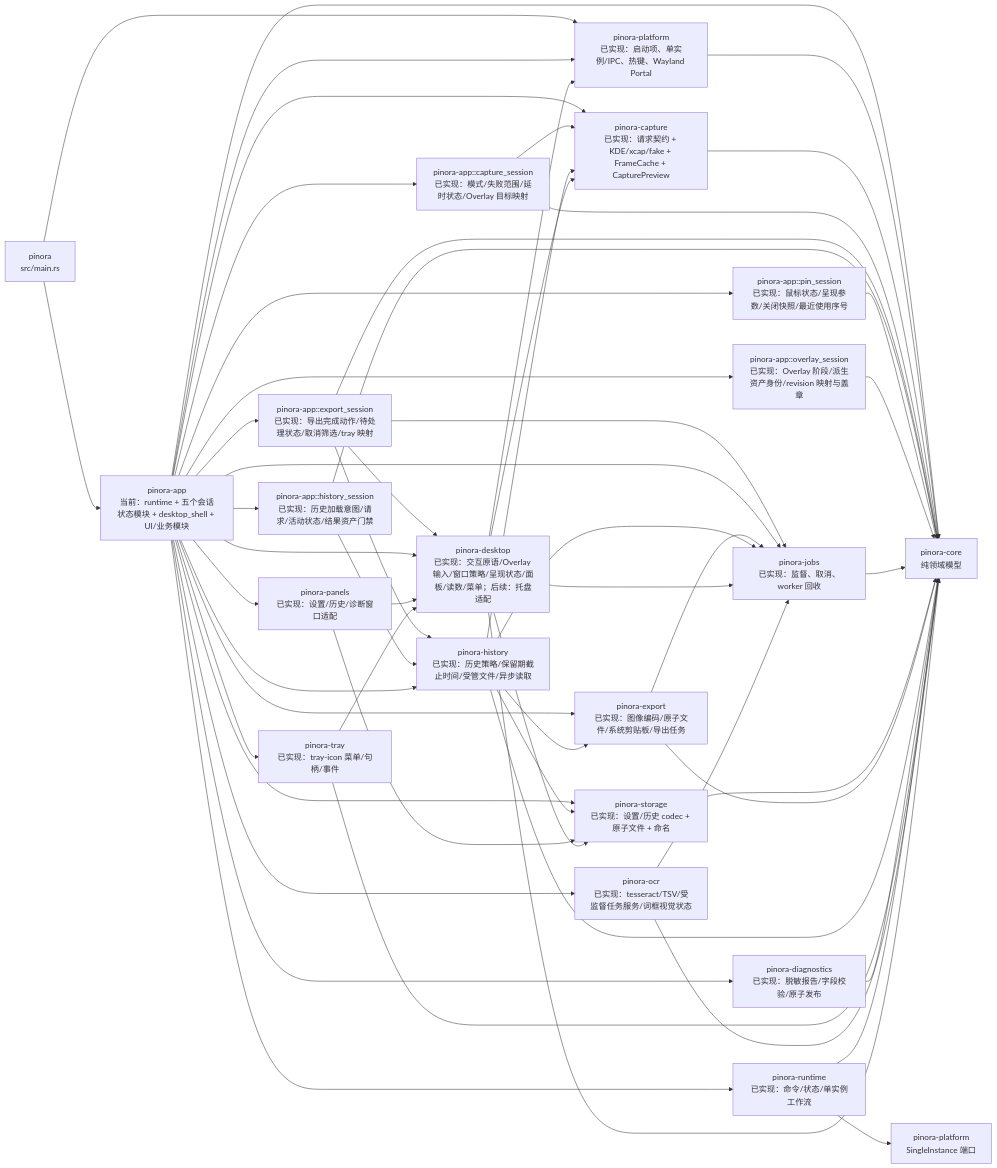
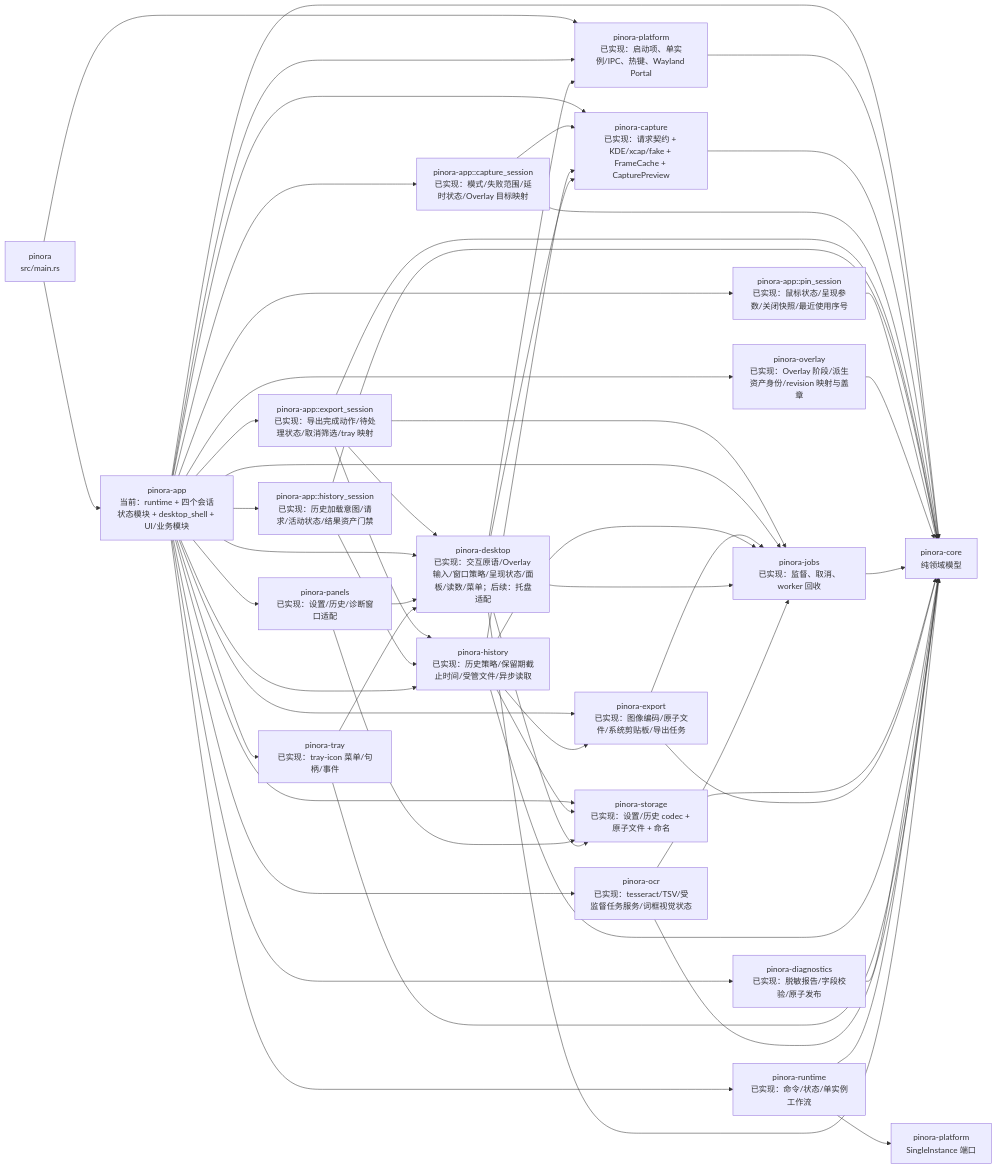
Before and after one commit to yhyzgn/pinora: the third of 29 diagrams in docs/Pinora-开发设计文档.md, drawn with Mermaid. The commit also changed other lines of this file and 13 other files, not shown here.

First line of the commit message:
refactor(overlay): extract session crate

````diff
--- a/docs/Pinora-开发设计文档.md
+++ b/docs/Pinora-开发设计文档.md
@@ -236,59 +236,59 @@
 ```mermaid
 flowchart LR
-    Main["pinora\nsrc/main.rs"] --> App["pinora-app\n当前：runtime + 五个会话状态模块 + desktop_shell + UI/业务模块"]
+    Main["pinora\nsrc/main.rs"] --> App["pinora-app\n当前：runtime + 四个会话状态模块 + desktop_shell + UI/业务模块"]
     Main --> Platform["pinora-platform\n已实现：启动项、单实例/IPC、热键、Wayland Portal"]
     App --> Platform
     App --> Core["pinora-core\n纯领域模型"]
     Platform --> Core
 
     App --> CaptureNow["pinora-capture\n已实现：请求契约 + KDE/xcap/fake + FrameCache + CapturePreview"]
     CaptureNow --> Core
     App --> CaptureSession["pinora-app::capture_session\n已实现：模式/失败范围/延时状态/Overlay 目标映射"]
     CaptureSession --> CaptureNow
     CaptureSession --> Core
     App --> ExportSession["pinora-app::export_session\n已实现：导出完成动作/待处理状态/取消筛选/tray 映射"]
     ExportSession --> Core
     ExportSession --> HistoryNow
     ExportSession --> Desktop
     ExportSession --> JobsNow
     App --> HistorySession["pinora-app::history_session\n已实现：历史加载意图/请求/活动状态/结果资产门禁"]
     HistorySession --> Core
     HistorySession --> HistoryNow
     App --> PinSession["pinora-app::pin_session\n已实现：鼠标状态/呈现参数/关闭快照/最近使用序号"]
     PinSession --> Core
-    App --> OverlaySession["pinora-app::overlay_session\n已实现：Overlay 阶段/派生资产身份/revision 映射与盖章"]
+    App --> OverlaySession["pinora-overlay\n已实现：Overlay 阶段/派生资产身份/revision 映射与盖章"]
     OverlaySession --> Core
     App --> JobsNow["pinora-jobs\n已实现：监督、取消、worker 回收"]
     JobsNow --> Core
     App --> StorageNow["pinora-storage\n已实现：设置/历史 codec + 原子文件 + 命名"]
     StorageNow --> Core
     App --> Desktop["pinora-desktop\n已实现：交互原语/Overlay 输入/窗口策略/呈现状态/面板/读数/菜单；后续：托盘适配"]
     App --> ExportNow["pinora-export\n已实现：图像编码/原子文件/系统剪贴板/导出任务"]
     ExportNow --> Core
     ExportNow --> JobsNow
     App --> HistoryNow["pinora-history\n已实现：历史策略/保留期截止时间/受管文件/异步读取"]
     HistoryNow --> Core
     HistoryNow --> StorageNow
     HistoryNow --> CaptureNow
     HistoryNow --> JobsNow
     HistoryNow --> ExportNow
     App --> DiagnosticsNow["pinora-diagnostics\n已实现：脱敏报告/字段校验/原子发布"]
     DiagnosticsNow --> Core
     App --> PanelsNow["pinora-panels\n已实现：设置/历史/诊断窗口适配"]
     PanelsNow --> Desktop
     PanelsNow --> StorageNow
     App --> TrayNow["pinora-tray\n已实现：tray-icon 菜单/句柄/事件"]
     TrayNow --> Core
     TrayNow --> Desktop
     App --> RuntimeNow["pinora-runtime\n已实现：命令/状态/单实例工作流"]
     RuntimeNow --> Core
     RuntimeNow --> PlatformNow["pinora-platform\nSingleInstance 端口"]
     App --> Ocr["pinora-ocr\n已实现：tesseract/TSV/受监督任务服务/词框视觉状态"]
     Ocr --> Core
     Desktop --> Core
     Desktop --> Platform
     Desktop --> CaptureNow
     Desktop --> JobsNow
     Desktop --> StorageNow
     Ocr --> JobsNow
 ```
````
